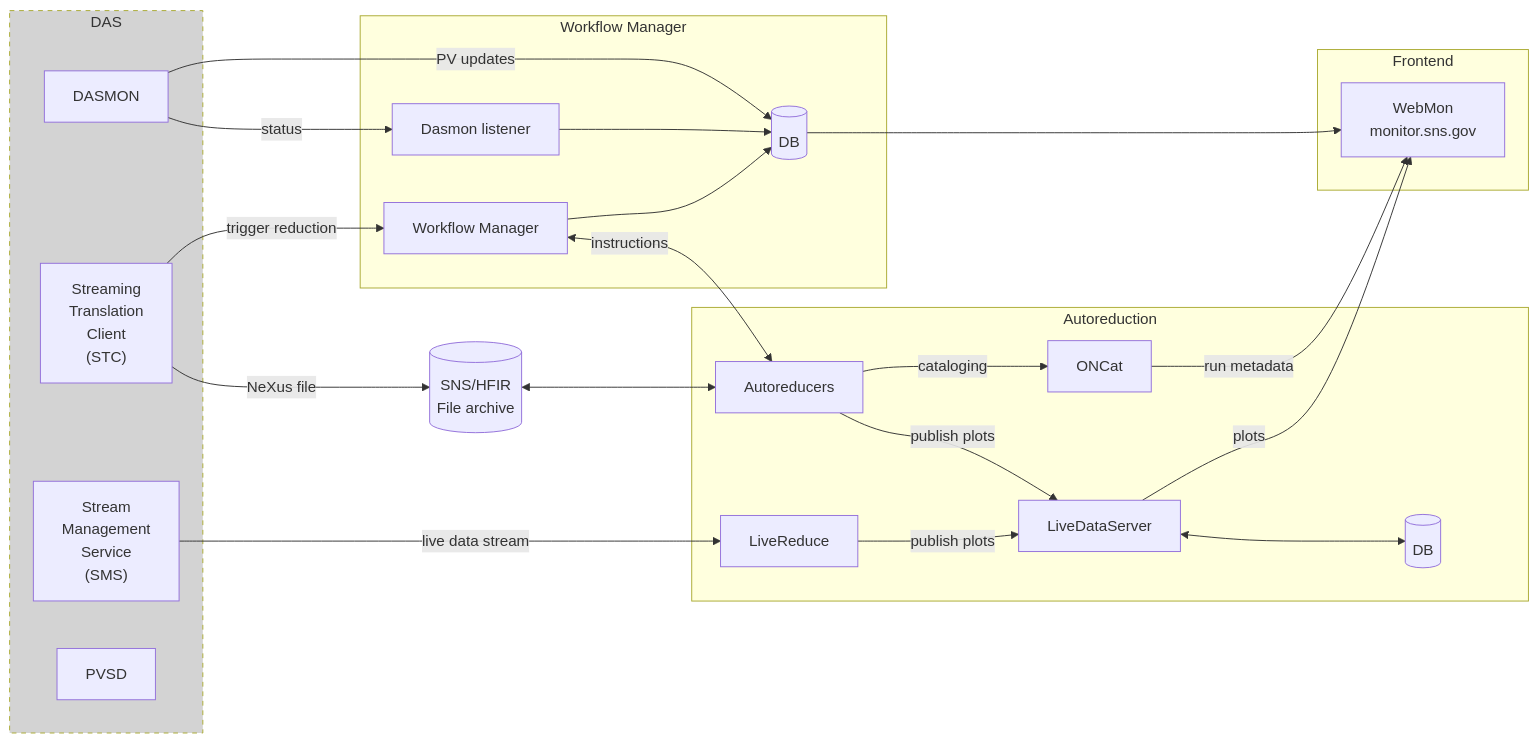
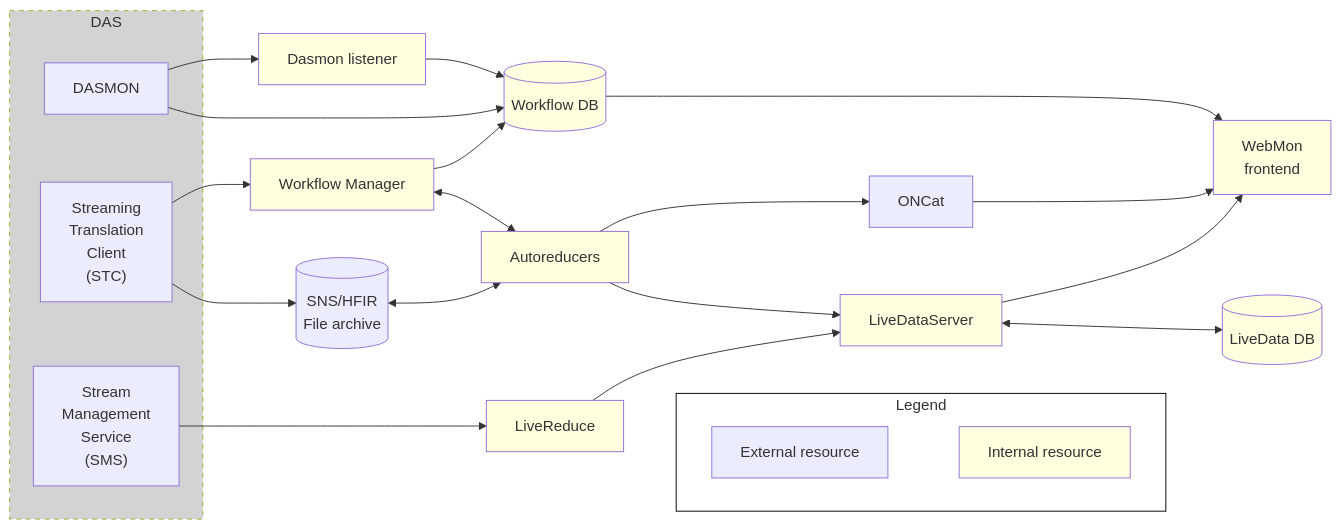
Before and after one commit to neutrons/data_workflow: the first of 2 diagrams in docs/developer/design/overview.rst, drawn with Mermaid. The commit also changed other lines of this file and 1 other file, not shown here.

```diff
--- a/docs/developer/design/overview.rst
+++ b/docs/developer/design/overview.rst
@@ -18,46 +20,51 @@
 .. mermaid::
 
     flowchart LR
         FileArchive[("`SNS/HFIR
         File archive`")]
         subgraph DAS
             DASMON
             TranslationService["`Streaming
             Translation
             Client
             (STC)`"]
             SMS["`Stream
             Management
             Service
             (SMS)`"]
-            PVSD
         end
-        subgraph "Workflow Manager"
-            WorkflowManager[Workflow Manager]
-            DasmonListener[Dasmon listener]
-            Database[(DB)]
-        end
-        subgraph Autoreduction
-            Autoreducers-->|cataloging|ONCat
-            LiveDataServer<-->LiveDataDB[(DB)]
-            LiveReduce
-        end
-        subgraph Frontend
-            WebMon["`WebMon
-            monitor.sns.gov`"]
-        end
-        SMS-->|live data stream|LiveReduce
-        TranslationService-->|trigger reduction|WorkflowManager
-        DASMON-->|status|DasmonListener
-        DASMON-->|PV updates|Database
-        WorkflowManager<-->|instructions|Autoreducers
-        Autoreducers-->|publish plots|LiveDataServer
+        WorkflowManager[Workflow Manager]
+        DasmonListener[Dasmon listener]
+        Database[(Workflow DB)]
+        Autoreducers-->ONCat
+        LiveDataServer-->WebMon
+        LiveDataServer<-->LiveDataDB[(LiveData DB)]
+        LiveReduce
+        WebMon["`WebMon
+        frontend`"]
+        SMS-->LiveReduce
+        TranslationService-->WorkflowManager
+        DASMON-->DasmonListener
+        DASMON-->Database
+        WorkflowManager-->Database
+        WorkflowManager<-->Autoreducers
+        Autoreducers-->LiveDataServer
         Database-->WebMon
-        ONCat-->|run metadata|WebMon
-        LiveDataServer-->|plots|WebMon
-        LiveReduce-->|publish plots|LiveDataServer
+        ONCat-->WebMon
+        LiveReduce-->LiveDataServer
         DasmonListener-->Database
-        WorkflowManager-->Database
-        TranslationService-->|NeXus file|FileArchive
+        TranslationService-->FileArchive
         FileArchive<-->Autoreducers
         style DAS fill:#D3D3D3, stroke-dasharray: 5 5
+        classDef webMonStyle fill:#FFFFE0
+        class WorkflowManager,DasmonListener,Database,Autoreducers,LiveDataServer,LiveReduce,WebMon,LiveDataDB webMonStyle
+
+        subgraph Legend
+            direction LR
+            External["External resource"]
+            Internal["Internal resource"]
+            External ~~~ Internal
+        end
+        LiveReduce ~~~ External
+        style Legend fill:#FFFFFF,stroke:#000000
+        class Internal webMonStyle
```
